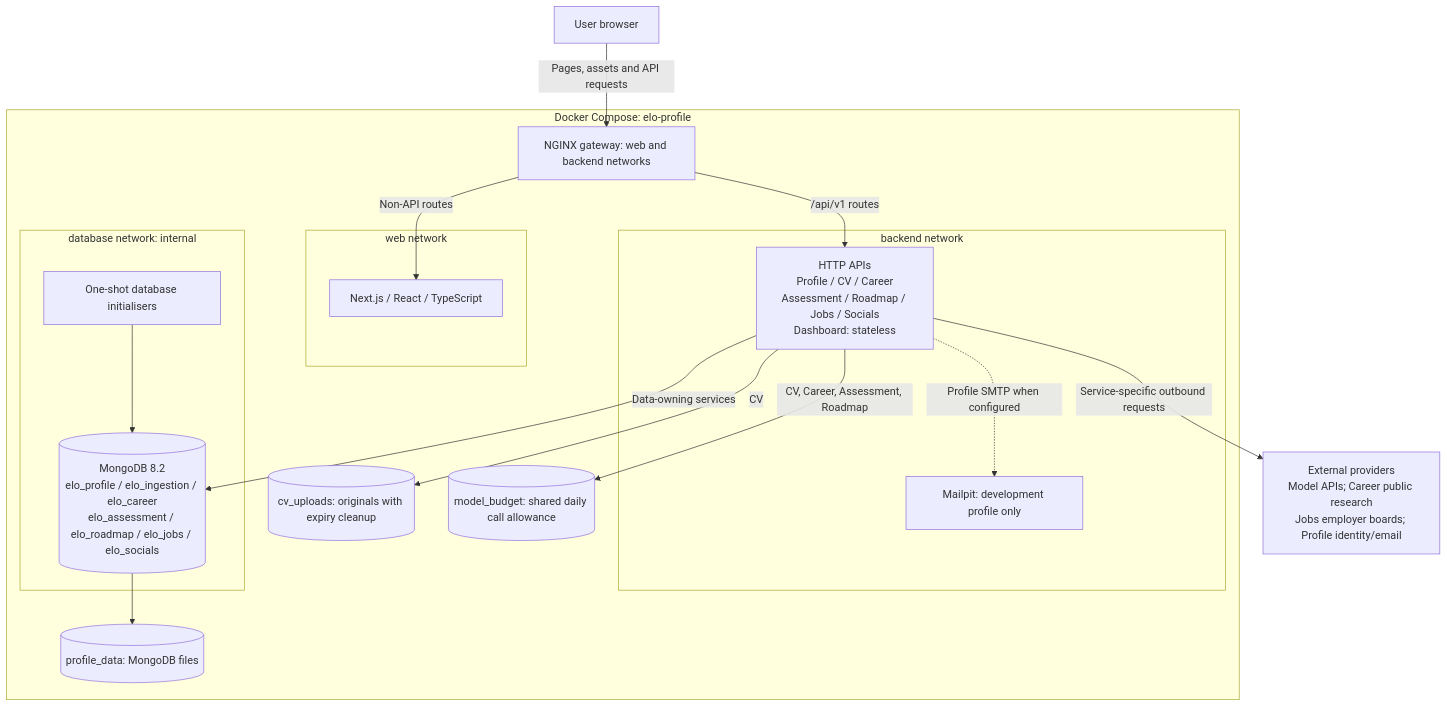
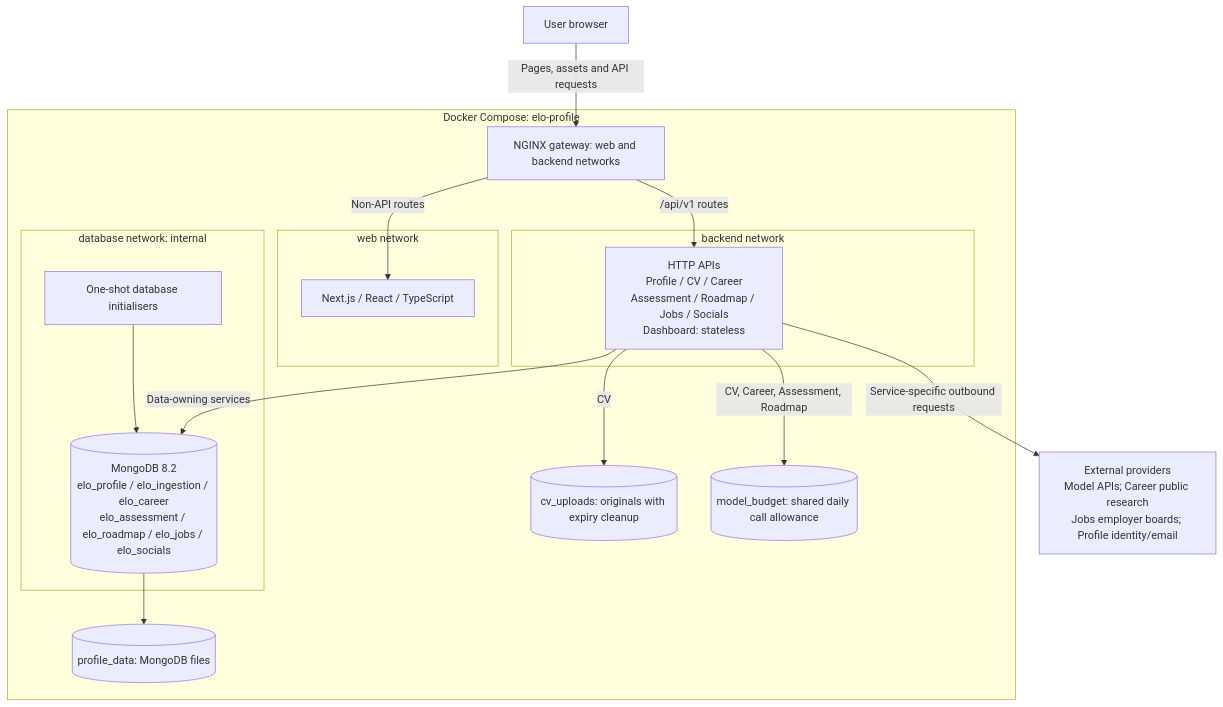
The diagram in docs/architecture/README.md (bryan034/coachify), drawn with Mermaid before and after one commit. The commit also changed other lines of this file and 21 other files, not shown here.

````diff
--- a/docs/architecture/README.md
+++ b/docs/architecture/README.md
@@ -22,34 +22,32 @@
 ```mermaid
 flowchart TB
     Browser[User browser]
     External["External providers<br/>Model APIs; Career public research<br/>Jobs employer boards; Profile identity/email"]
 
     subgraph Deployment[Docker Compose: elo-profile]
         Gateway[NGINX gateway: web and backend networks]
         subgraph WebNetwork[web network]
             Frontend[Next.js / React / TypeScript]
         end
         subgraph Backend[backend network]
             APIs["HTTP APIs<br/>Profile / CV / Career<br/>Assessment / Roadmap / Jobs / Socials<br/>Dashboard: stateless"]
-            Mailpit[Mailpit: development profile only]
         end
         subgraph Database[database network: internal]
             Mongo[("MongoDB 8.2<br/>elo_profile / elo_ingestion / elo_career<br/>elo_assessment / elo_roadmap / elo_jobs / elo_socials")]
             Init[One-shot database initialisers]
         end
         Data[(profile_data: MongoDB files)]
         Uploads[(cv_uploads: originals with expiry cleanup)]
         Budget[(model_budget: shared daily call allowance)]
     end
 
     Browser -->|Pages, assets and API requests| Gateway
     Gateway -->|Non-API routes| Frontend
     Gateway -->|/api/v1 routes| APIs
     APIs -->|Data-owning services| Mongo
     Init --> Mongo
     Mongo --> Data
     APIs -->|CV| Uploads
     APIs -->|CV, Career, Assessment, Roadmap| Budget
     APIs -->|Service-specific outbound requests| External
-    APIs -. Profile SMTP when configured .-> Mailpit
 ```
````
